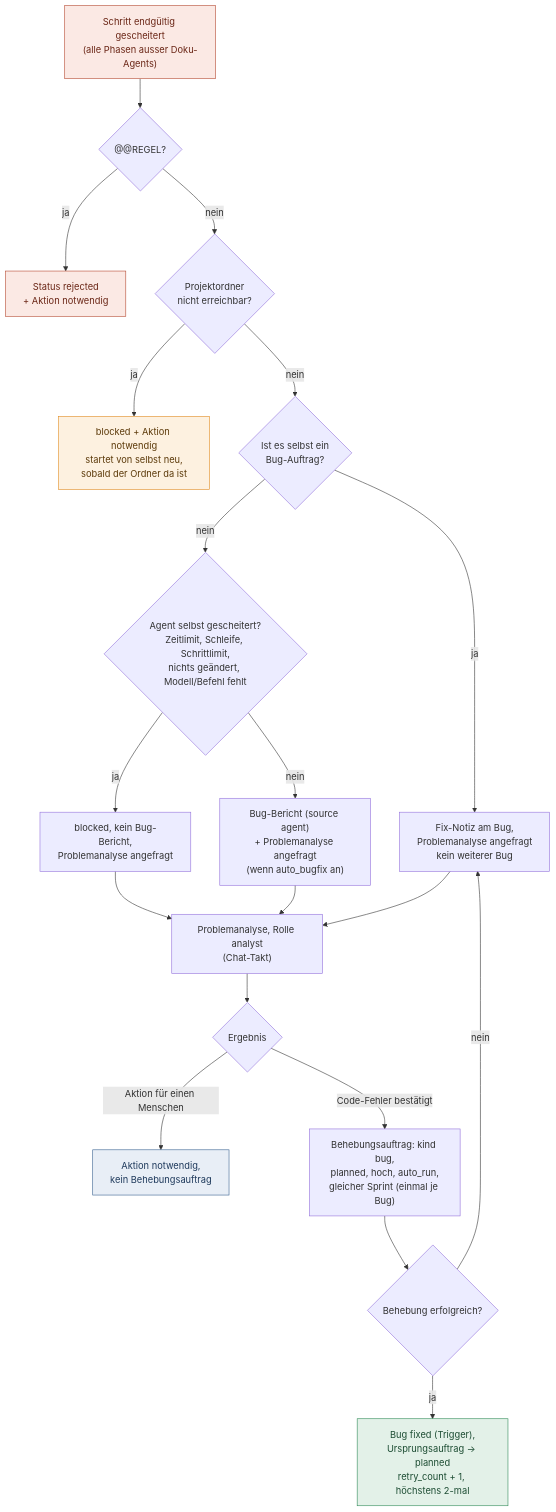
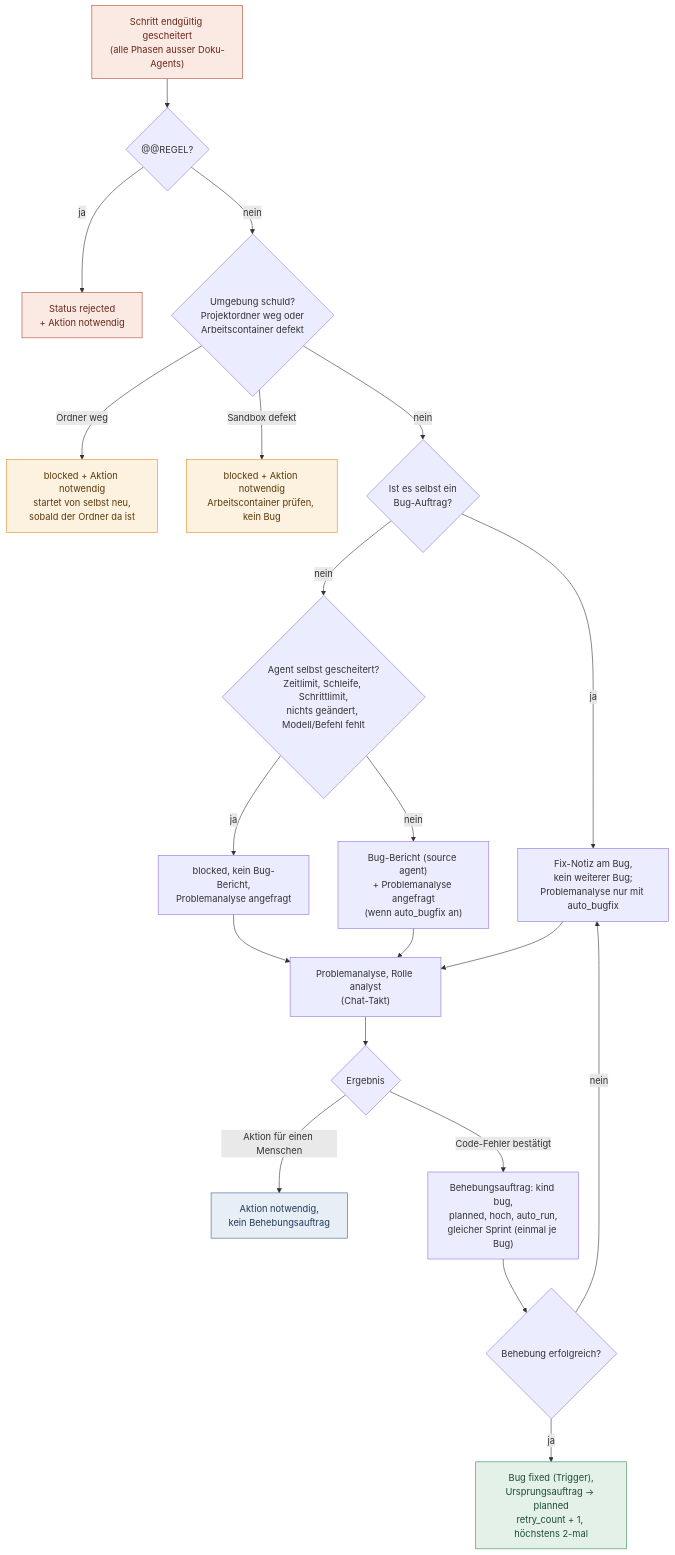
Before and after one commit to zaaaazzy/AutoDEV: the sixth of 9 diagrams in docs/laufzeit.md, drawn with Mermaid. The commit also changed other lines of this file and 8 other files, not shown here.

First line of the commit message:
docs: Dokumentation an den Code angleichen und Diagramme ergänzen

````diff
--- a/docs/laufzeit.md
+++ b/docs/laufzeit.md
@@ -229,25 +248,26 @@
 ```mermaid
 flowchart TD
   F["Schritt endgültig gescheitert<br/>(alle Phasen ausser Doku-Agents)"]:::bad --> R{"@@REGEL?"}
   R -->|ja| RJ["Status rejected<br/>+ Aktion notwendig"]:::bad
-  R -->|nein| EV{"Projektordner<br/>nicht erreichbar?"}
-  EV -->|ja| EN["blocked + Aktion notwendig<br/>startet von selbst neu,<br/>sobald der Ordner da ist"]:::wait
+  R -->|nein| EV{"Umgebung schuld?<br/>Projektordner weg oder<br/>Arbeitscontainer defekt"}
+  EV -->|"Ordner weg"| EN["blocked + Aktion notwendig<br/>startet von selbst neu,<br/>sobald der Ordner da ist"]:::wait
+  EV -->|"Sandbox defekt"| ES["blocked + Aktion notwendig<br/>Arbeitscontainer prüfen, kein Bug"]:::wait
   EV -->|nein| BUG{"Ist es selbst ein<br/>Bug-Auftrag?"}
-  BUG -->|ja| B1["Fix-Notiz am Bug,<br/>Problemanalyse angefragt<br/>kein weiterer Bug"]
+  BUG -->|ja| B1["Fix-Notiz am Bug,<br/>kein weiterer Bug;<br/>Problemanalyse nur mit auto_bugfix"]
   BUG -->|nein| AF{"Agent selbst gescheitert?<br/>Zeitlimit, Schleife, Schrittlimit,<br/>nichts geändert, Modell/Befehl fehlt"}
   AF -->|ja| A1["blocked, kein Bug-Bericht,<br/>Problemanalyse angefragt"]
   AF -->|nein| A2["Bug-Bericht (source agent)<br/>+ Problemanalyse angefragt<br/>(wenn auto_bugfix an)"]
   A1 --> AN
   A2 --> AN
   B1 --> AN
   AN["Problemanalyse, Rolle analyst<br/>(Chat-Takt)"] --> D{"Ergebnis"}
   D -->|"Aktion für einen Menschen"| H["Aktion notwendig,<br/>kein Behebungsauftrag"]:::person
   D -->|"Code-Fehler bestätigt"| Q["Behebungsauftrag: kind bug,<br/>planned, hoch, auto_run,<br/>gleicher Sprint (einmal je Bug)"]
   Q --> QF{"Behebung erfolgreich?"}
   QF -->|ja| RE["Bug fixed (Trigger),<br/>Ursprungsauftrag → planned<br/>retry_count + 1, höchstens 2-mal"]:::ok
   QF -->|nein| B1
   classDef ok fill:#e3f1e8,stroke:#2f8a57,color:#1d4d33
   classDef bad fill:#fbe9e4,stroke:#b4472f,color:#6b2717
   classDef wait fill:#fdf1e0,stroke:#e08a1e,color:#5c3a0a
   classDef person fill:#e8eef6,stroke:#36608f,color:#1f3a5c
 ```
````
